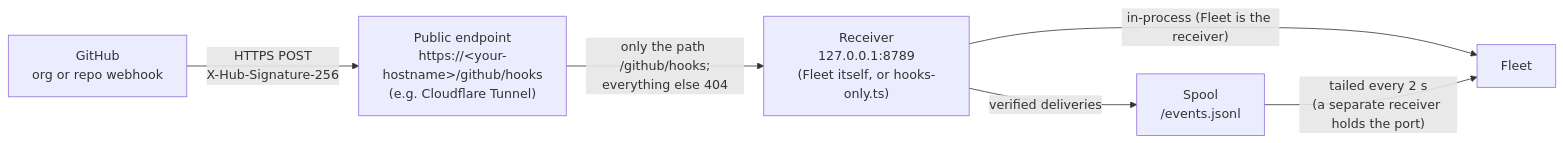
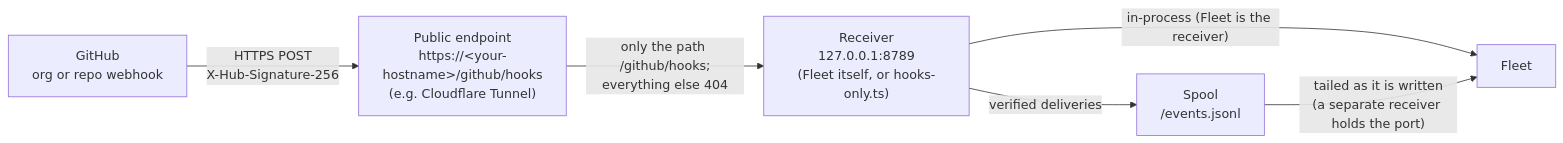
Before and after one commit to Brainwires/fleet: the diagram in docs/webhooks.md, drawn with Mermaid. The commit also changed other lines of this file and 9 other files, not shown here.

````diff
--- a/docs/webhooks.md
+++ b/docs/webhooks.md
@@ -53,8 +53,8 @@
 ```mermaid
 flowchart LR
   GH["GitHub<br/>org or repo webhook"] -- "HTTPS POST<br/>X-Hub-Signature-256" --> EDGE["Public endpoint<br/>https://&lt;your-hostname&gt;/github/hooks<br/>(e.g. Cloudflare Tunnel)"]
   EDGE -- "only the path /github/hooks;<br/>everything else 404" --> RX["Receiver<br/>127.0.0.1:8789<br/>(Fleet itself, or hooks-only.ts)"]
   RX -- "verified deliveries" --> SPOOL["Spool<br/><spool>/events.jsonl"]
   RX -- "in-process (Fleet is the receiver)" --> FLEET["Fleet"]
-  SPOOL -- "tailed every 2 s<br/>(a separate receiver holds the port)" --> FLEET
+  SPOOL -- "tailed as it is written<br/>(a separate receiver holds the port)" --> FLEET
 ```
````
